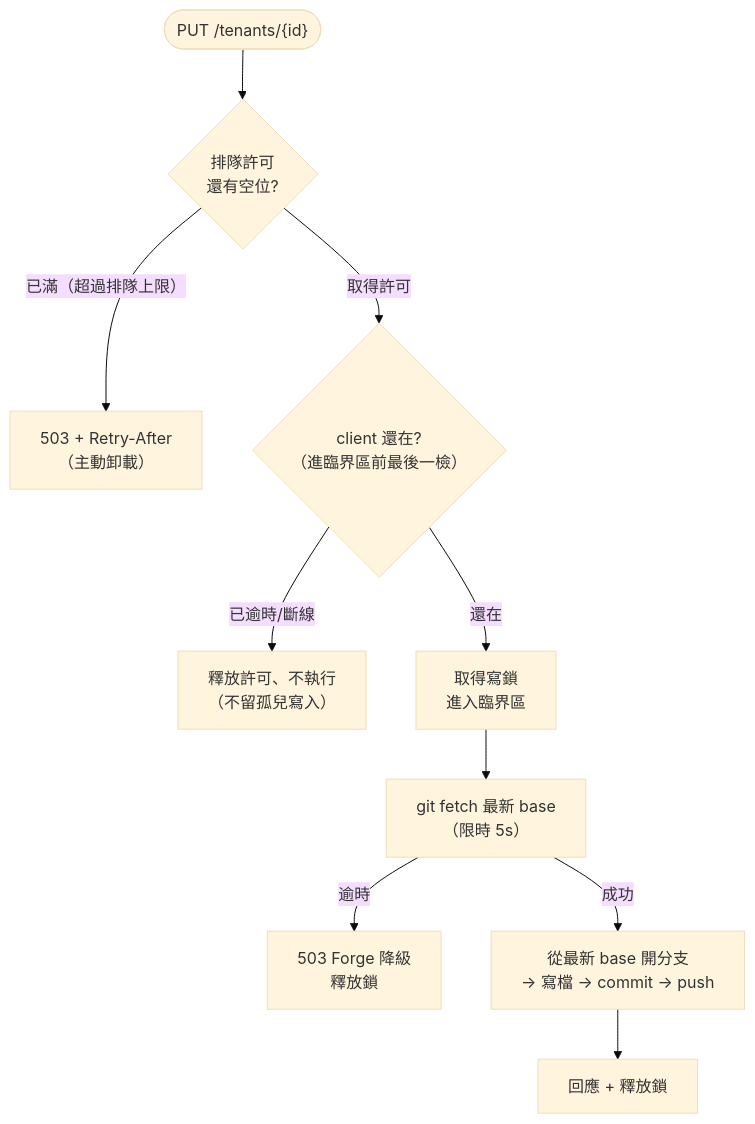
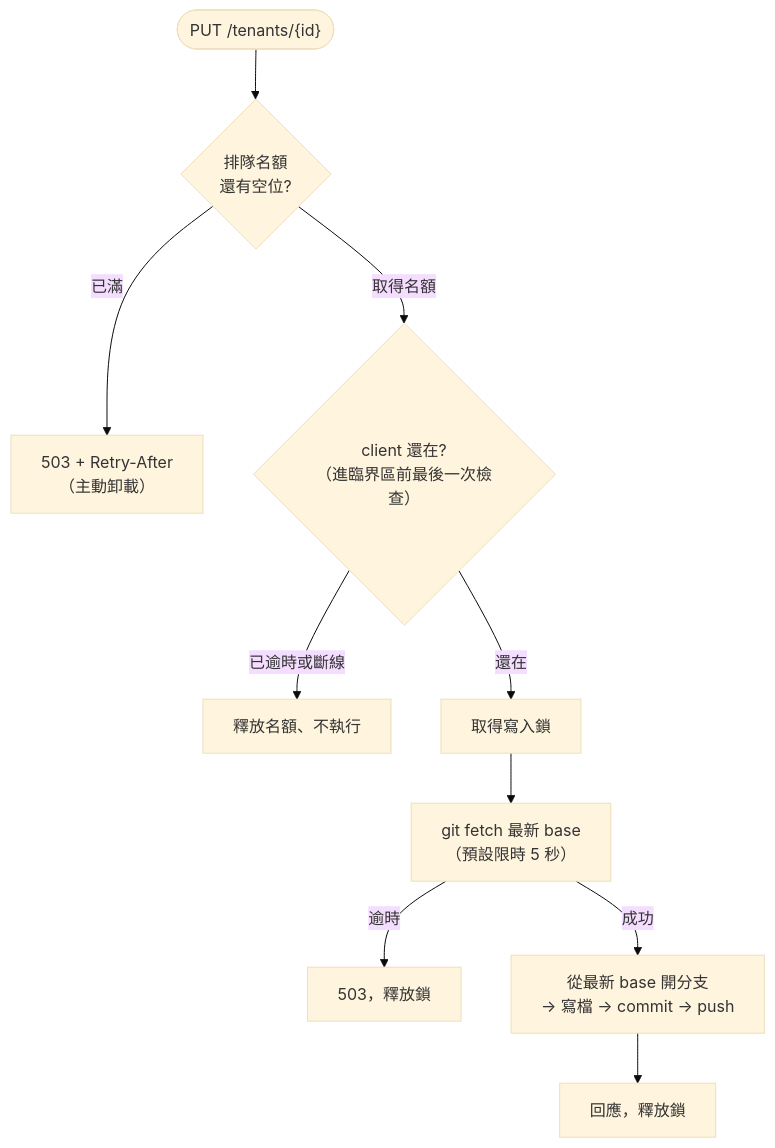
One commit to vencil/Dynamic-Alerting-Integrations changed the diagram in docs/adr/023-write-plane-single-writer-invariant.md. Above: the diagram before and after it, drawn with Mermaid (base theme). The commit also changed other lines of this file and 115 other files, not shown here.

````diff
--- a/docs/adr/023-write-plane-single-writer-invariant.md
+++ b/docs/adr/023-write-plane-single-writer-invariant.md
@@ -48,12 +45,12 @@
 ```mermaid
 flowchart TD
-    R(["PUT /tenants/{id}"]) --> ADM{"排隊許可<br/>還有空位?"}
-    ADM -->|"已滿（超過排隊上限）"| S503["503 + Retry-After<br/>（主動卸載）"]
-    ADM -->|取得許可| CTX{"client 還在?<br/>（進臨界區前最後一檢）"}
-    CTX -->|"已逾時/斷線"| REL["釋放許可、不執行<br/>（不留孤兒寫入）"]
-    CTX -->|還在| LOCK["取得寫鎖<br/>進入臨界區"]
-    LOCK --> FETCH["git fetch 最新 base<br/>（限時 5s）"]
-    FETCH -->|逾時| S503b["503 Forge 降級<br/>釋放鎖"]
+    R(["PUT /tenants/{id}"]) --> ADM{"排隊名額<br/>還有空位?"}
+    ADM -->|"已滿"| S503["503 + Retry-After<br/>（主動卸載）"]
+    ADM -->|取得名額| CTX{"client 還在?<br/>（進臨界區前最後一次檢查）"}
+    CTX -->|"已逾時或斷線"| REL["釋放名額、不執行"]
+    CTX -->|還在| LOCK["取得寫入鎖"]
+    LOCK --> FETCH["git fetch 最新 base<br/>（預設限時 5 秒）"]
+    FETCH -->|逾時| S503b["503，釋放鎖"]
     FETCH -->|成功| WRITE["從最新 base 開分支<br/>→ 寫檔 → commit → push"]
-    WRITE --> DONE["回應 + 釋放鎖"]
+    WRITE --> DONE["回應，釋放鎖"]
 ```
````
